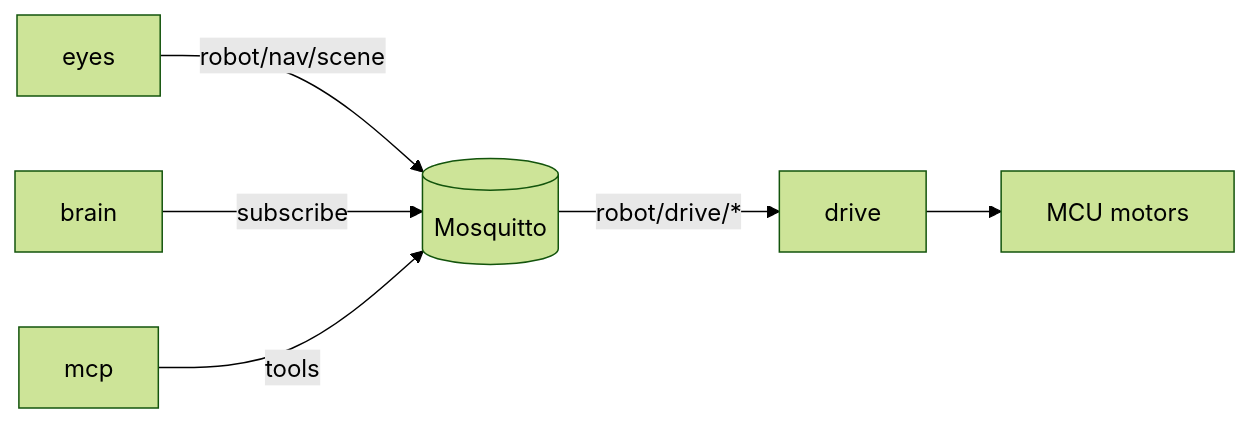
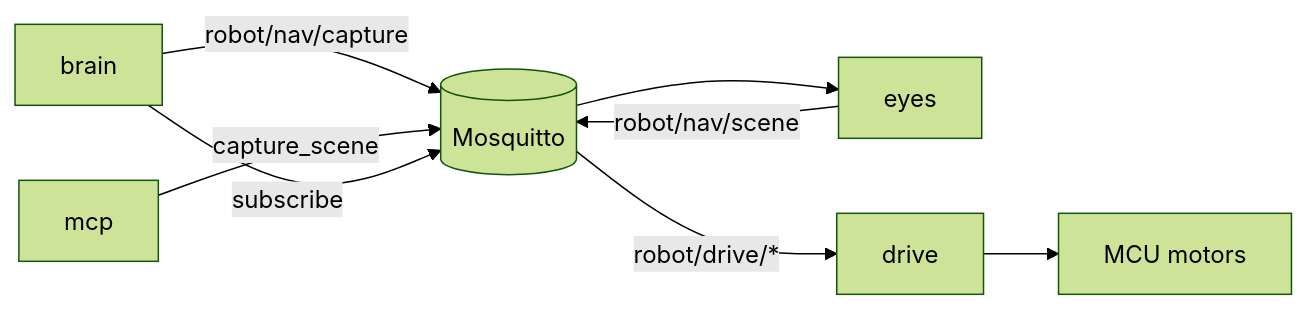
Before and after one commit to smart-puppet/.github: the diagram in profile/README.md, drawn with Mermaid (forest theme). The commit also changed other lines of this file, not shown here.

Commit message:
Align org profile README with on-demand capture and brain-owned MCP tools.

````diff
--- a/profile/README.md
+++ b/profile/README.md
@@ -14,8 +14,10 @@
 ```mermaid
 flowchart LR
-  eyes -->|robot/nav/scene| bus[(Mosquitto)]
+  brain -->|robot/nav/capture| bus[(Mosquitto)]
+  mcp -->|capture_scene| bus
+  bus --> eyes
+  eyes -->|robot/nav/scene| bus
   brain -->|subscribe| bus
-  mcp -->|tools| bus
   bus -->|robot/drive/*| drive
   drive --> mcu[MCU motors]
 ```
````
